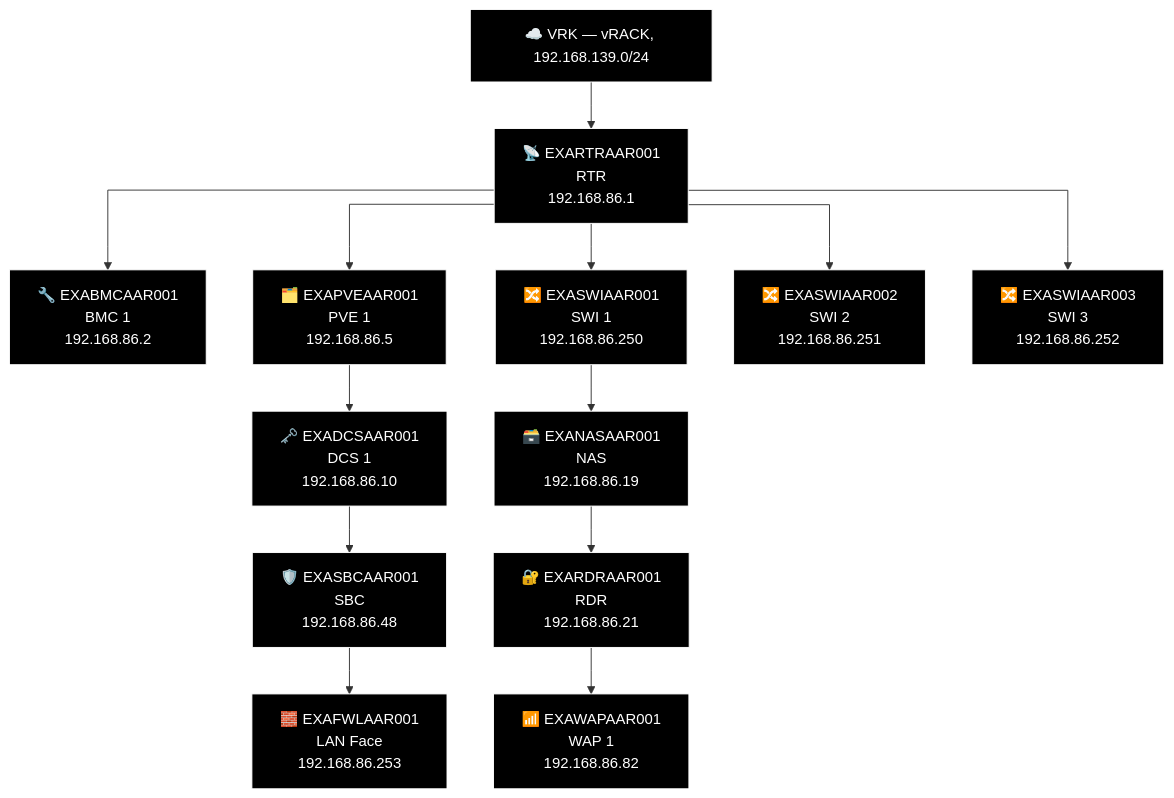
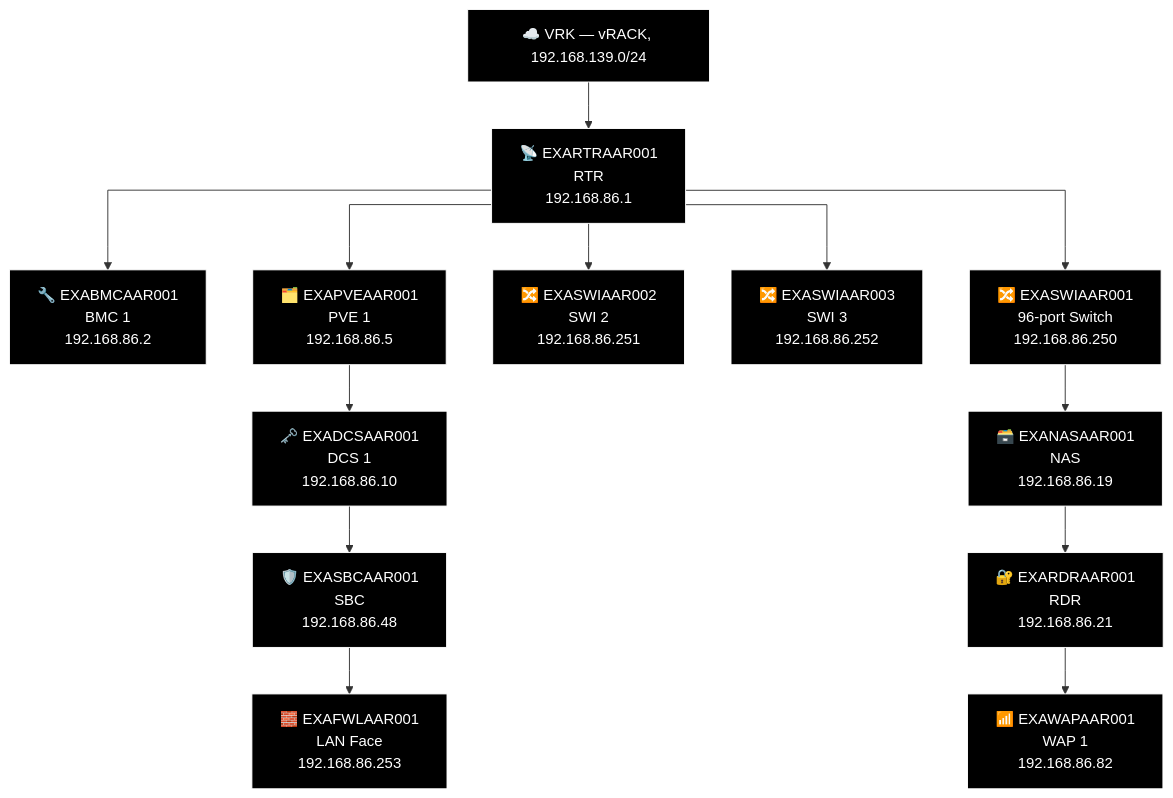
Before and after one commit to knightmare2600/example_music_infra: diagram 17 of 23 in docs/network-diagram/danmark.md, drawn with Mermaid. The commit also changed other lines of this file and 20 other files, not shown here.

````diff
--- a/docs/network-diagram/danmark.md
+++ b/docs/network-diagram/danmark.md
@@ -733,40 +733,40 @@
 ```mermaid
 %% GENERATED:TOPOLOGY:AAR:START
 %%{init: {'flowchart': {'curve': 'stepAfter'}}}%%
 graph TD
     T_VRK["☁️ VRK — vRACK, 192.168.139.0/24"]
     T_RTR["📡 EXARTRAAR001<br/>RTR<br/>192.168.86.1"]
     T_VRK --> T_RTR
     T_BMC["🔧 EXABMCAAR001<br/>BMC 1<br/>192.168.86.2"]
     T_RTR --> T_BMC
     T_PVE["🗂️ EXAPVEAAR001<br/>PVE 1<br/>192.168.86.5"]
     T_RTR --> T_PVE
-    T_SWI["🔀 EXASWIAAR001<br/>SWI 1<br/>192.168.86.250"]
+    T_SWI["🔀 EXASWIAAR002<br/>SWI 2<br/>192.168.86.251"]
     T_RTR --> T_SWI
-    T_SWI2["🔀 EXASWIAAR002<br/>SWI 2<br/>192.168.86.251"]
+    T_SWI2["🔀 EXASWIAAR003<br/>SWI 3<br/>192.168.86.252"]
     T_RTR --> T_SWI2
-    T_SWI3["🔀 EXASWIAAR003<br/>SWI 3<br/>192.168.86.252"]
+    T_SWI3["🔀 EXASWIAAR001<br/>96-port Switch<br/>192.168.86.250"]
     T_RTR --> T_SWI3
     T_NAS["🗃️ EXANASAAR001<br/>NAS<br/>192.168.86.19"]
     T_RDR["🔐 EXARDRAAR001<br/>RDR<br/>192.168.86.21"]
     T_WAP["📶 EXAWAPAAR001<br/>WAP 1<br/>192.168.86.82"]
-    T_SWI --> T_NAS --> T_RDR --> T_WAP
+    T_SWI3 --> T_NAS --> T_RDR --> T_WAP
     T_DCS["🗝️ EXADCSAAR001<br/>DCS 1<br/>192.168.86.10"]
     T_SBC["🛡️ EXASBCAAR001<br/>SBC<br/>192.168.86.48"]
     T_FWL["🧱 EXAFWLAAR001<br/>LAN Face<br/>192.168.86.253"]
     T_PVE --> T_DCS --> T_SBC --> T_FWL
     style T_VRK fill:#000000,stroke:#FFFFFF,color:#FFFFFF
     style T_RTR fill:#000000,stroke:#FFFFFF,color:#FFFFFF
     style T_BMC fill:#000000,stroke:#FFFFFF,color:#FFFFFF
     style T_PVE fill:#000000,stroke:#FFFFFF,color:#FFFFFF
     style T_SWI fill:#000000,stroke:#FFFFFF,color:#FFFFFF
     style T_SWI2 fill:#000000,stroke:#FFFFFF,color:#FFFFFF
     style T_SWI3 fill:#000000,stroke:#FFFFFF,color:#FFFFFF
     style T_NAS fill:#000000,stroke:#FFFFFF,color:#FFFFFF
     style T_RDR fill:#000000,stroke:#FFFFFF,color:#FFFFFF
     style T_WAP fill:#000000,stroke:#FFFFFF,color:#FFFFFF
     style T_DCS fill:#000000,stroke:#FFFFFF,color:#FFFFFF
     style T_SBC fill:#000000,stroke:#FFFFFF,color:#FFFFFF
     style T_FWL fill:#000000,stroke:#FFFFFF,color:#FFFFFF
 %% GENERATED:TOPOLOGY:AAR:END
 ```
````
